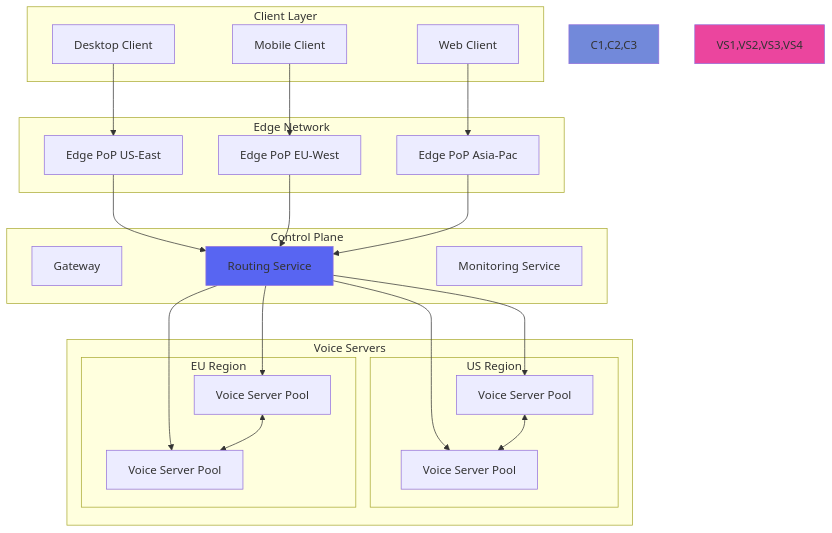
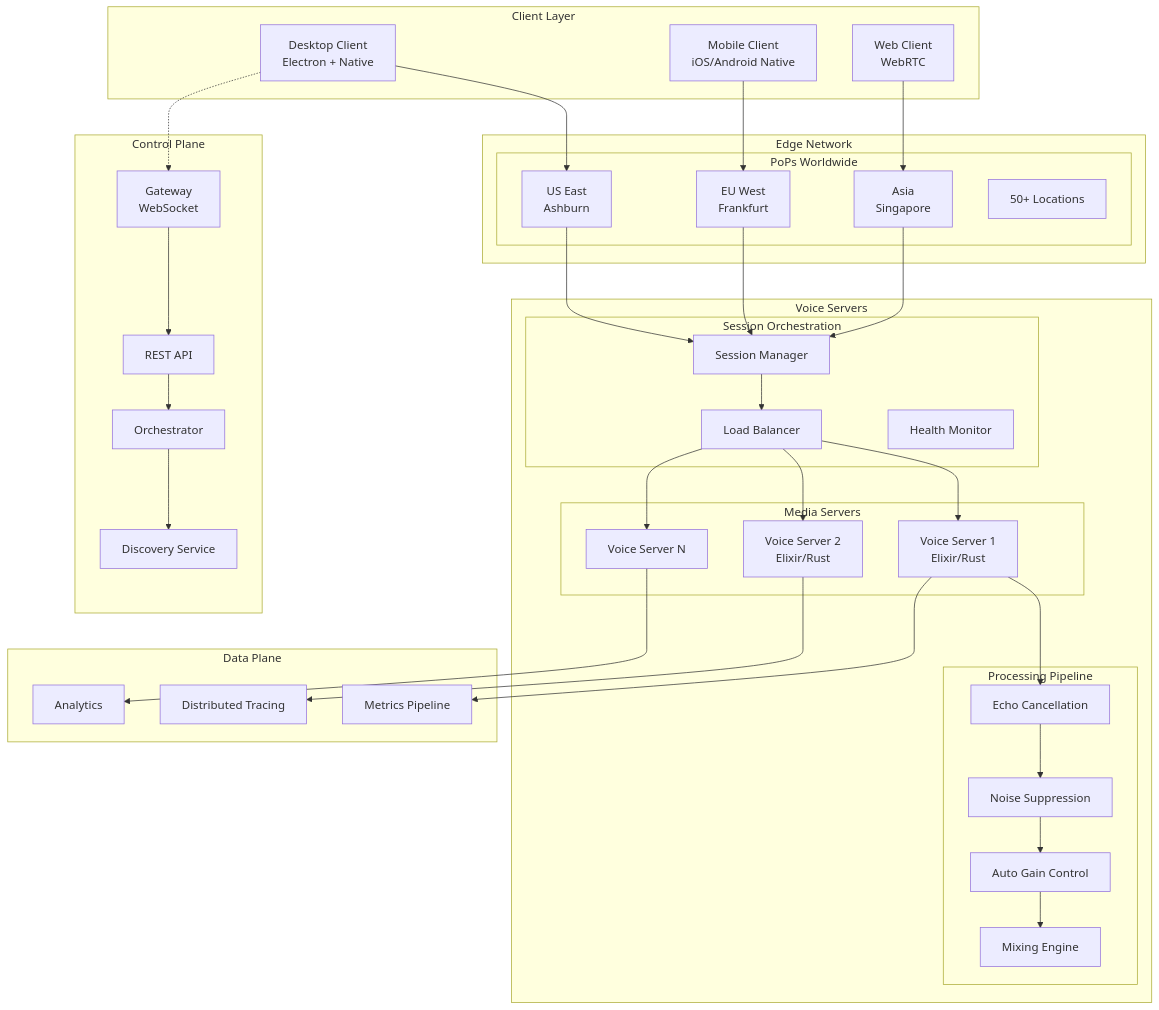
Before and after one commit to deepaucksharma/DStudio: the second of 10 diagrams in docs/case-studies/elite-engineering/discord-voice-infrastructure.md, drawn with Mermaid. The commit also changed other lines of this file and 23 other files, not shown here.

````diff
--- a/docs/case-studies/elite-engineering/discord-voice-infrastructure.md
+++ b/docs/case-studies/elite-engineering/discord-voice-infrastructure.md
@@ -74,51 +60,78 @@
 ```mermaid
 graph TB
     subgraph "Client Layer"
-        C1[Desktop Client]
-        C2[Mobile Client]
-        C3[Web Client]
+        C1[Desktop Client<br/>Electron + Native]
+        C2[Mobile Client<br/>iOS/Android Native]
+        C3[Web Client<br/>WebRTC]
     end
     
     subgraph "Edge Network"
-        E1[Edge PoP US-East]
-        E2[Edge PoP EU-West]
-        E3[Edge PoP Asia-Pac]
+        subgraph "PoPs Worldwide"
+            POP1[US East<br/>Ashburn]
+            POP2[EU West<br/>Frankfurt]
+            POP3[Asia<br/>Singapore]
+            POPN[50+ Locations]
+        end
     end
     
     subgraph "Voice Servers"
-        subgraph "US Region"
-            VS1[Voice Server Pool]
-            VS2[Voice Server Pool]
+        subgraph "Session Orchestration"
+            SO[Session Manager]
+            LB[Load Balancer]
+            HM[Health Monitor]
         end
-        subgraph "EU Region"
-            VS3[Voice Server Pool]
-            VS4[Voice Server Pool]
+        
+        subgraph "Media Servers"
+            MS1[Voice Server 1<br/>Elixir/Rust]
+            MS2[Voice Server 2<br/>Elixir/Rust]
+            MSN[Voice Server N]
+        end
+        
+        subgraph "Processing Pipeline"
+            EC[Echo Cancellation]
+            NS[Noise Suppression]
+            AGC[Auto Gain Control]
+            MIX[Mixing Engine]
         end
     end
     
     subgraph "Control Plane"
-        GW[Gateway]
-        RS[Routing Service]
-        MS[Monitoring Service]
+        GW[Gateway<br/>WebSocket]
+        API[REST API]
+        ORCH[Orchestrator]
+        DISC[Discovery Service]
     end
     
-    C1 --> E1
-    C2 --> E2
-    C3 --> E3
+    subgraph "Data Plane"
+        METRICS[Metrics Pipeline]
+        TRACE[Distributed Tracing]
+        ANLY[Analytics]
+    end
     
-    E1 --> RS
-    E2 --> RS
-    E3 --> RS
+    C1 --> POP1
+    C2 --> POP2
+    C3 --> POP3
     
-    RS --> VS1
-    RS --> VS2
-    RS --> VS3
-    RS --> VS4
+    POP1 --> SO
+    POP2 --> SO
+    POP3 --> SO
     
-    VS1 <--> VS2
-    VS3 <--> VS4
+    SO --> LB
+    LB --> MS1
+    LB --> MS2
+    LB --> MSN
     
-    style C1,C2,C3 fill:#7289DA
-    style RS fill:#5865F2
-    style VS1,VS2,VS3,VS4 fill:#EB459E
+    MS1 --> EC
+    EC --> NS
+    NS --> AGC
+    AGC --> MIX
+    
+    C1 -.-> GW
+    GW --> API
+    API --> ORCH
+    ORCH --> DISC
+    
+    MS1 --> METRICS
+    MS2 --> TRACE
+    MSN --> ANLY
 ```
````
